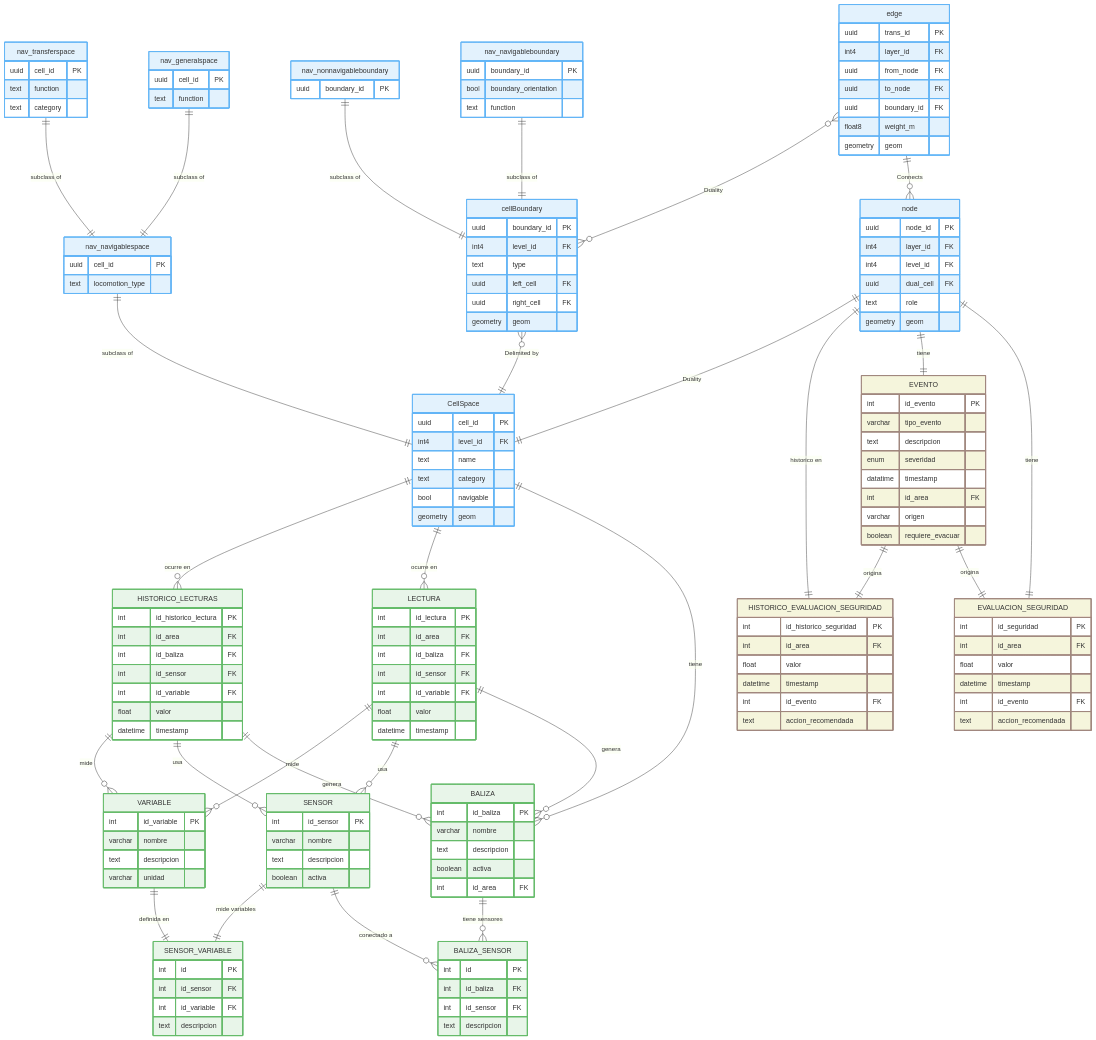
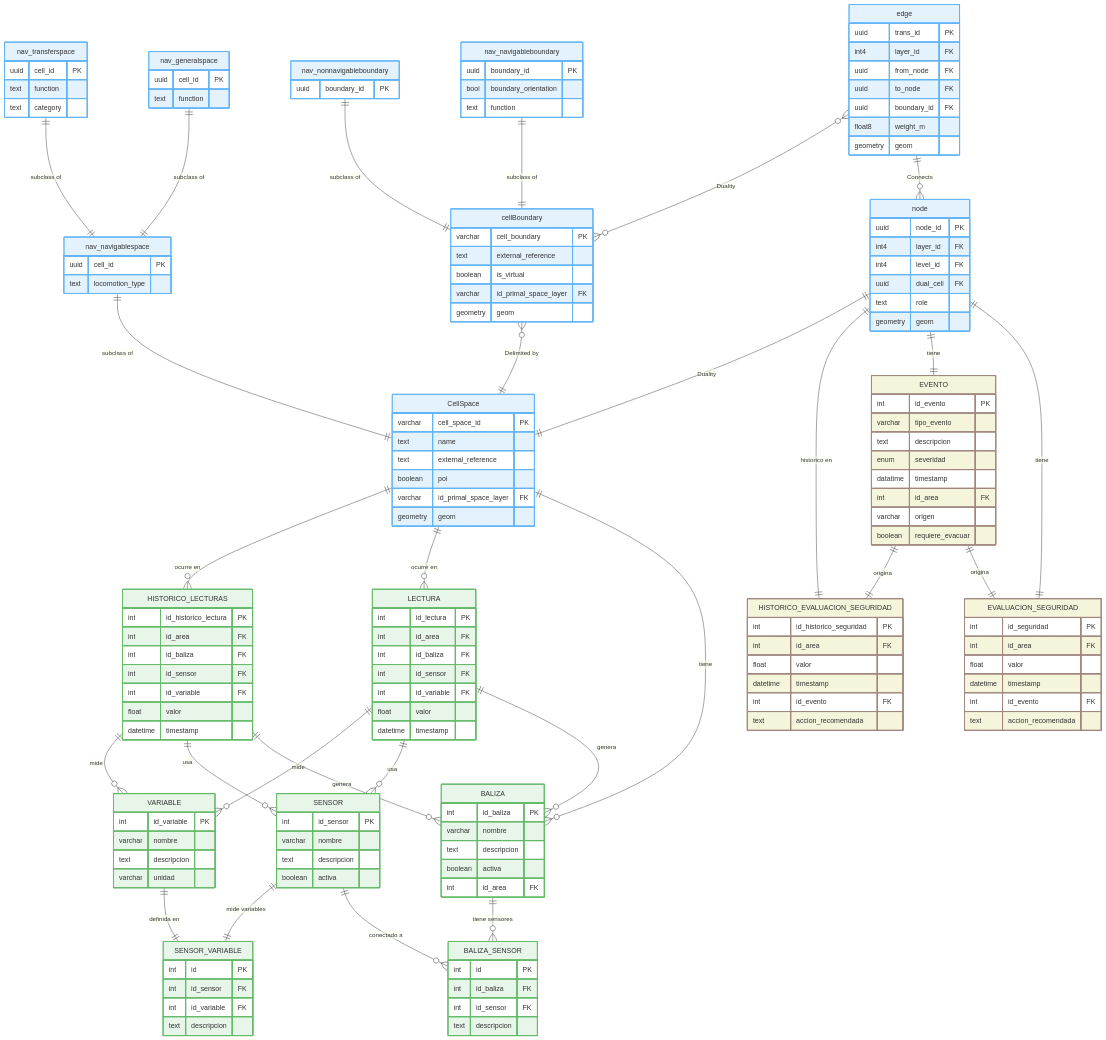
One commit to JorgeHuarachi/TFG-repo changed the diagram in Modelado_BBDD/codigo_mermaid/evac_db(FINAL).mmd. Above: the diagram before and after it, drawn with Mermaid. The commit also changed 5 other files, not shown here.

```diff
--- a/Modelado_BBDD/codigo_mermaid/evac_db(FINAL).mmd
+++ b/Modelado_BBDD/codigo_mermaid/evac_db(FINAL).mmd
@@ -12,22 +12,27 @@
   nav_generalspace          ||--|| nav_navigablespace : "subclass of"
   edge                      ||--o{ node : "Connects"
 
-
-
   CellSpace {
-    uuid cell_id PK
-    int4 level_id FK
+    varchar cell_space_id PK
     text name
-    text category
-    bool navigable
+    text external_reference 
+    boolean poi
+    varchar id_primal_space_layer FK
     geometry geom
   }
   cellBoundary {
-    uuid boundary_id PK
+    varchar cell_boundary PK
+    text external_reference 
+    boolean is_virtual
+    varchar id_primal_space_layer FK
+    geometry geom
+  }
+  node {
+    uuid node_id PK
+    int4 layer_id FK
     int4 level_id FK
-    text type
-    uuid left_cell FK
-    uuid right_cell FK
+    uuid dual_cell FK
+    text role
     geometry geom
   }
 
@@ -53,14 +58,6 @@
     text category
   }
 
-  node {
-    uuid node_id PK
-    int4 layer_id FK
-    int4 level_id FK
-    uuid dual_cell FK
-    text role
-    geometry geom
-  }
   edge {
     uuid trans_id PK
     int4 layer_id FK
```
